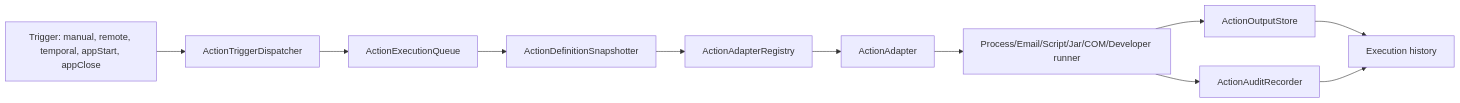
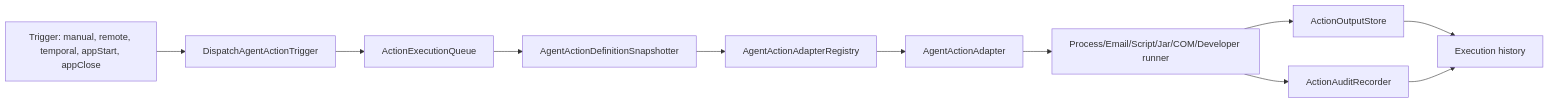
The first of 2 diagrams in docs/implemente/plano_acoes_agendadas_execucoes.md (cesar-carlos/plug_agente), drawn with Mermaid before and after one commit. The commit also changed other lines of this file and 29 other files, not shown here.

````diff
--- a/docs/implemente/plano_acoes_agendadas_execucoes.md
+++ b/docs/implemente/plano_acoes_agendadas_execucoes.md
@@ -672,13 +1103,13 @@
 ```mermaid
 flowchart LR
-  A["Trigger: manual, remote, temporal, appStart, appClose"] --> B["ActionTriggerDispatcher"]
+  A["Trigger: manual, remote, temporal, appStart, appClose"] --> B["DispatchAgentActionTrigger"]
   B --> C["ActionExecutionQueue"]
-  C --> D["ActionDefinitionSnapshotter"]
-  D --> E["ActionAdapterRegistry"]
-  E --> F["ActionAdapter"]
+  C --> D["AgentActionDefinitionSnapshotter"]
+  D --> E["AgentActionAdapterRegistry"]
+  E --> F["AgentActionAdapter"]
   F --> G["Process/Email/Script/Jar/COM/Developer runner"]
   G --> H["ActionOutputStore"]
   G --> I["ActionAuditRecorder"]
   H --> J["Execution history"]
   I --> J
 ```
````
